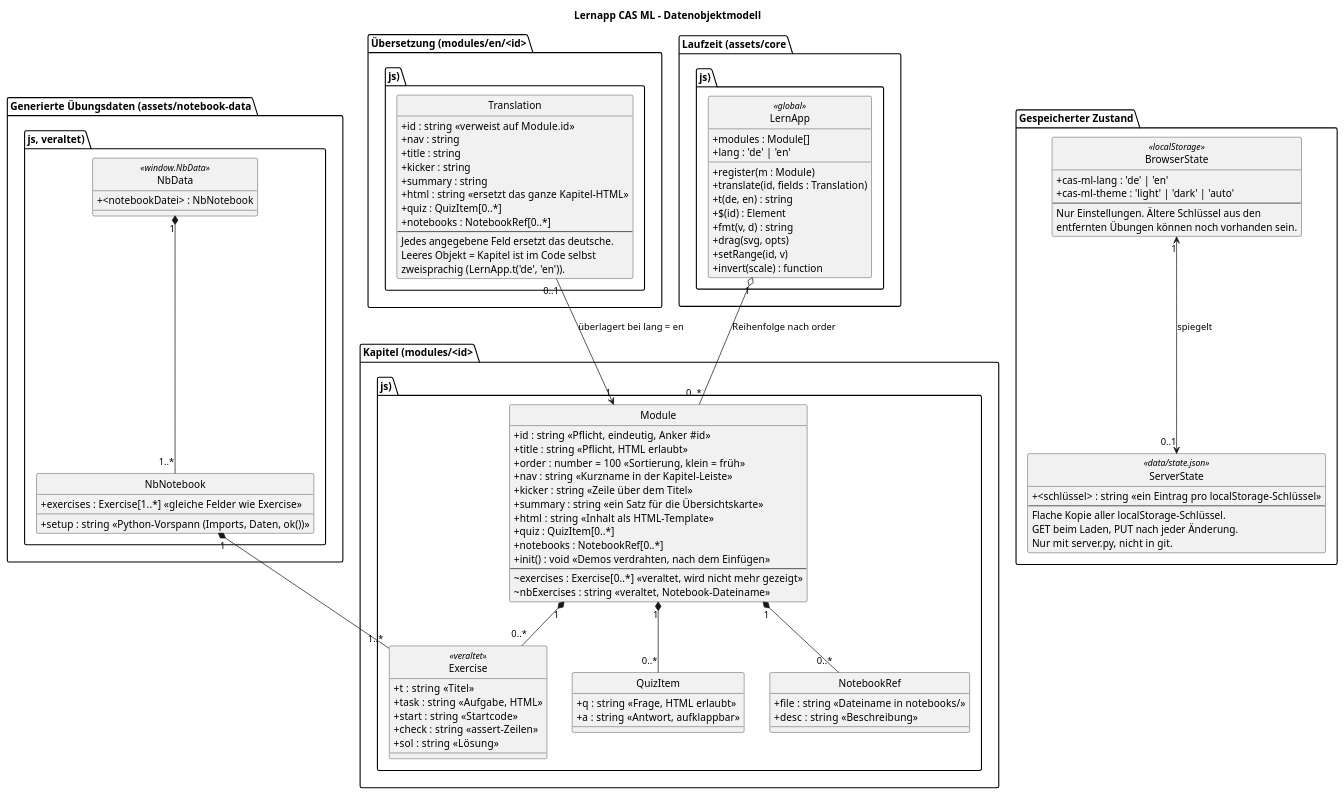
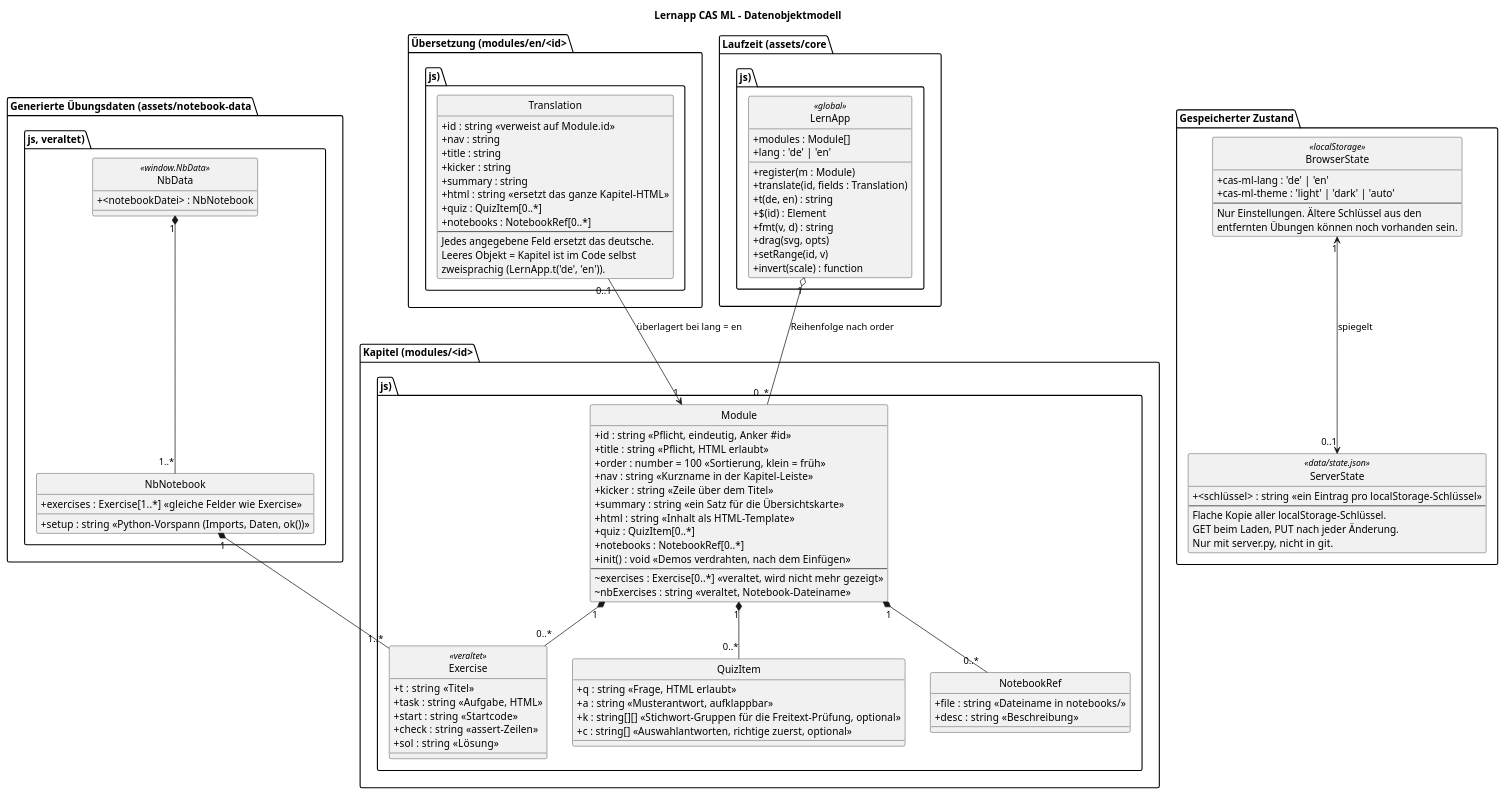
The diagram in docs/data-object-model.puml (rotscher-baumi/lernapp-cas-ml), drawn with PlantUML before and after one commit. The commit also changed 5 other files, not shown here.

Commit message:
Selbsttest: Antwort prüfen (Stichwörter) und Auswahlantworten, Muster in Generative Models

```diff
--- a/docs/data-object-model.puml
+++ b/docs/data-object-model.puml
@@ -1,114 +1,116 @@
 @startuml data-object-model
 ' Datenobjektmodell der Lernapp: was ein Kapitel, eine Übersetzung und der
 ' gespeicherte Zustand enthalten. Stand 2026-11-01.
 title Lernapp CAS ML – Datenobjektmodell
 
 skinparam classAttributeIconSize 0
 hide circle
 
 package "Kapitel (modules/<id>.js)" {
   class Module {
     +id : string  <<Pflicht, eindeutig, Anker #id>>
     +title : string  <<Pflicht, HTML erlaubt>>
     +order : number = 100  <<Sortierung, klein = früh>>
     +nav : string  <<Kurzname in der Kapitel-Leiste>>
     +kicker : string  <<Zeile über dem Titel>>
     +summary : string  <<ein Satz für die Übersichtskarte>>
     +html : string  <<Inhalt als HTML-Template>>
     +quiz : QuizItem[0..*]
     +notebooks : NotebookRef[0..*]
     +init() : void  <<Demos verdrahten, nach dem Einfügen>>
     --
     ~exercises : Exercise[0..*]  <<veraltet, wird nicht mehr gezeigt>>
     ~nbExercises : string  <<veraltet, Notebook-Dateiname>>
   }
 
   class QuizItem {
     +q : string  <<Frage, HTML erlaubt>>
-    +a : string  <<Antwort, aufklappbar>>
+    +a : string  <<Musterantwort, aufklappbar>>
+    +k : string[][]  <<Stichwort-Gruppen für die Freitext-Prüfung, optional>>
+    +c : string[]  <<Auswahlantworten, richtige zuerst, optional>>
   }
 
   class NotebookRef {
     +file : string  <<Dateiname in notebooks/>>
     +desc : string  <<Beschreibung>>
   }
 
   class Exercise <<veraltet>> {
     +t : string  <<Titel>>
     +task : string  <<Aufgabe, HTML>>
     +start : string  <<Startcode>>
     +check : string  <<assert-Zeilen>>
     +sol : string  <<Lösung>>
   }
 
   Module "1" *-- "0..*" QuizItem
   Module "1" *-- "0..*" NotebookRef
   Module "1" *-- "0..*" Exercise
 }
 
 package "Übersetzung (modules/en/<id>.js)" {
   class Translation {
     +id : string  <<verweist auf Module.id>>
     +nav : string
     +title : string
     +kicker : string
     +summary : string
     +html : string  <<ersetzt das ganze Kapitel-HTML>>
     +quiz : QuizItem[0..*]
     +notebooks : NotebookRef[0..*]
     --
     Jedes angegebene Feld ersetzt das deutsche.
     Leeres Objekt = Kapitel ist im Code selbst
     zweisprachig (LernApp.t('de', 'en')).
   }
   Translation "0..1" --> "1" Module : überlagert bei lang = en
 }
 
 package "Laufzeit (assets/core.js)" {
   class LernApp <<global>> {
     +modules : Module[]
     +lang : 'de' | 'en'
     +register(m : Module)
     +translate(id, fields : Translation)
     +t(de, en) : string
     +$(id) : Element
     +fmt(v, d) : string
     +drag(svg, opts)
     +setRange(id, v)
     +invert(scale) : function
   }
   LernApp "1" o-- "0..*" Module : Reihenfolge nach order
 }
 
 package "Gespeicherter Zustand" {
   class BrowserState <<localStorage>> {
     +cas-ml-lang : 'de' | 'en'
     +cas-ml-theme : 'light' | 'dark' | 'auto'
     --
     Nur Einstellungen. Ältere Schlüssel aus den
     entfernten Übungen können noch vorhanden sein.
   }
 
   class ServerState <<data/state.json>> {
     +<schlüssel> : string  <<ein Eintrag pro localStorage-Schlüssel>>
     --
     Flache Kopie aller localStorage-Schlüssel.
     GET beim Laden, PUT nach jeder Änderung.
     Nur mit server.py, nicht in git.
   }
   BrowserState "1" <--> "0..1" ServerState : spiegelt
 }
 
 package "Generierte Übungsdaten (assets/notebook-data.js, veraltet)" {
   class NbData <<window.NbData>> {
     +<notebookDatei> : NbNotebook
   }
   class NbNotebook {
     +setup : string  <<Python-Vorspann (Imports, Daten, ok())>>
     +exercises : Exercise[1..*]  <<gleiche Felder wie Exercise>>
   }
   NbData "1" *-- "1..*" NbNotebook
   NbNotebook "1" *-- "1..*" Exercise
 }
 
 @enduml
```
